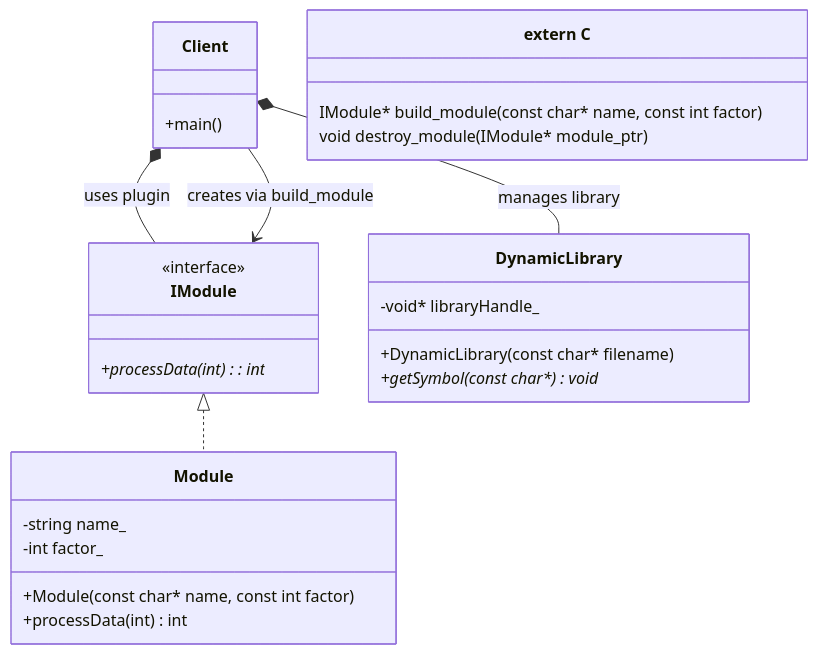
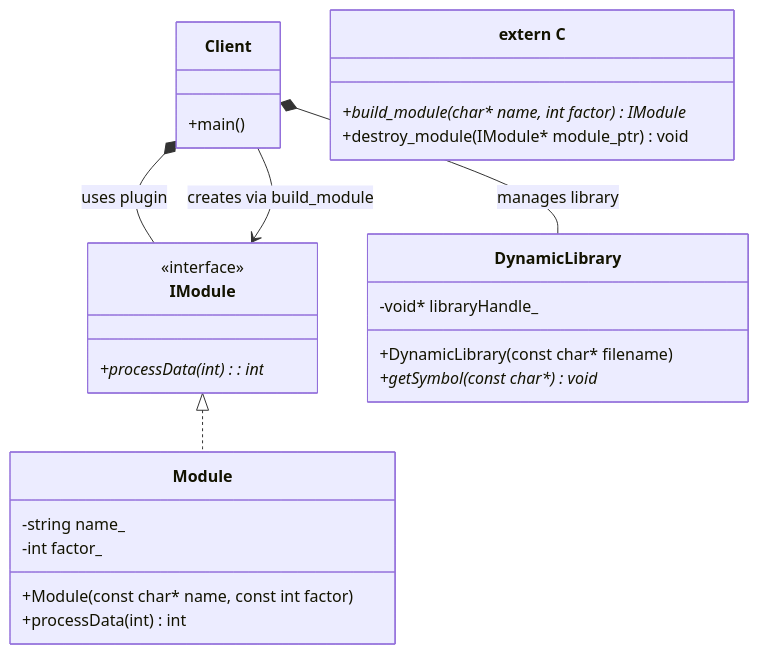
Before and after one commit to Cichlidfishexigency721/Modern-CPP-Design-Patterns: the diagram in 17_ModuleLoader/README.md, drawn with Mermaid. The commit also changed 1 other file, not shown here.

Commit message:
UML improvement

````diff
--- a/17_ModuleLoader/README.md
+++ b/17_ModuleLoader/README.md
@@ -113,41 +113,41 @@
 ```mermaid
 classDiagram
    class Client {
       +main()
    }
 
    class IModule {
       <<interface>>
       +processData(int) : int*
    }
 
    class Module {
       -string name_
       -int factor_
       +Module(const char* name, const int factor)
       +processData(int) int
    }
 
    class DynamicLibrary {
       -void* libraryHandle_
       +DynamicLibrary(const char* filename)
       +getSymbol(const char*) void*
    }
 
    class Functions["extern C"] {
-      IModule* build_module(const char* name, const int factor)
-      void destroy_module(IModule* module_ptr)
+      +build_module(char* name, int factor) IModule* 
+      +destroy_module(IModule* module_ptr) void
    }
 
    %% Inheritance (Implements)
    IModule <|.. Module
 
    %% The Client owns the RAII wrapper for the library
    Client *-- DynamicLibrary : manages library
 
    %% The Client owns the module instance via unique_ptr
    Client *-- IModule : uses plugin
 
    %% The Client depends on the factory functions exported by the .so
    Client --> IModule : creates via build_module
 ```
````
